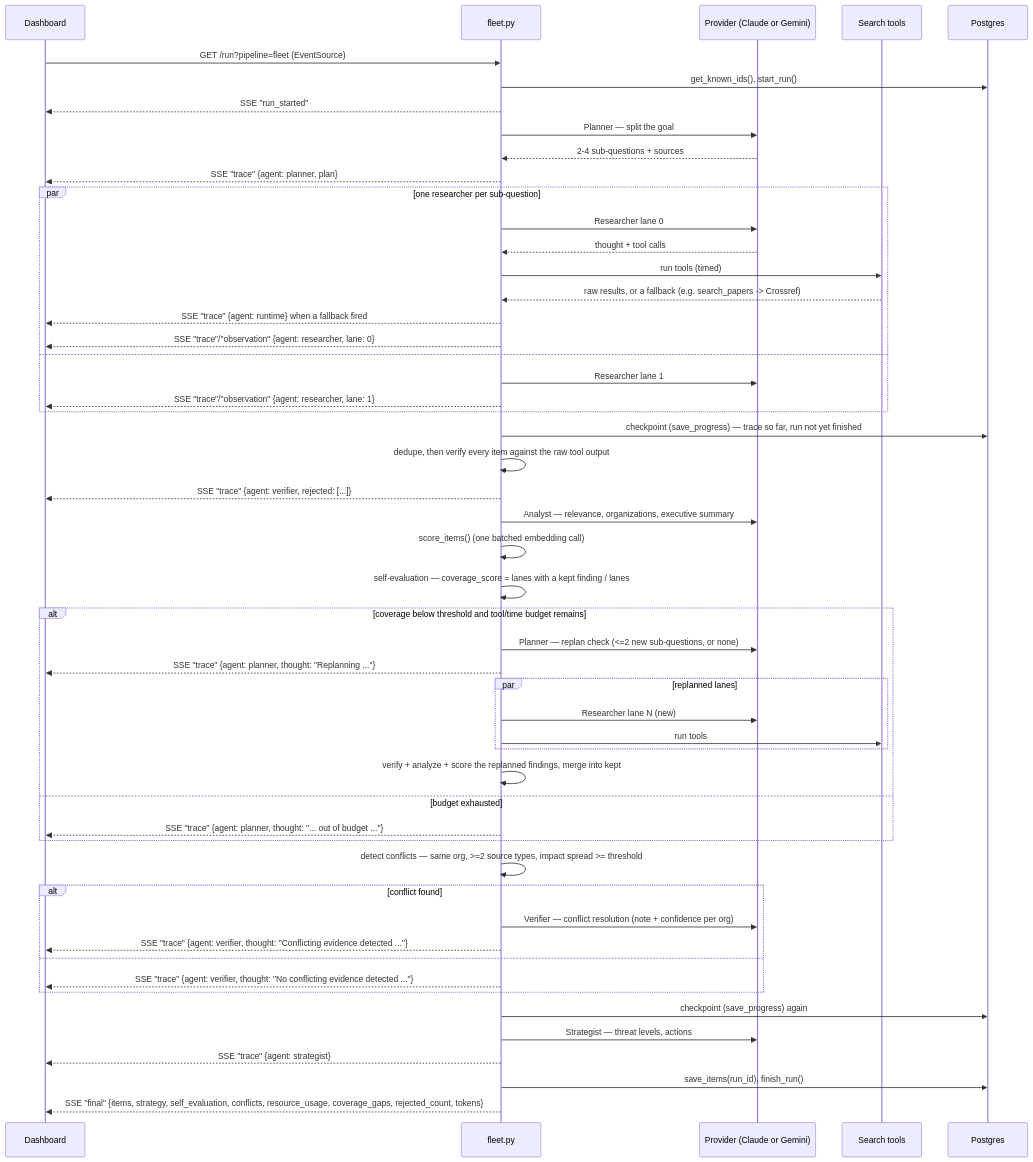
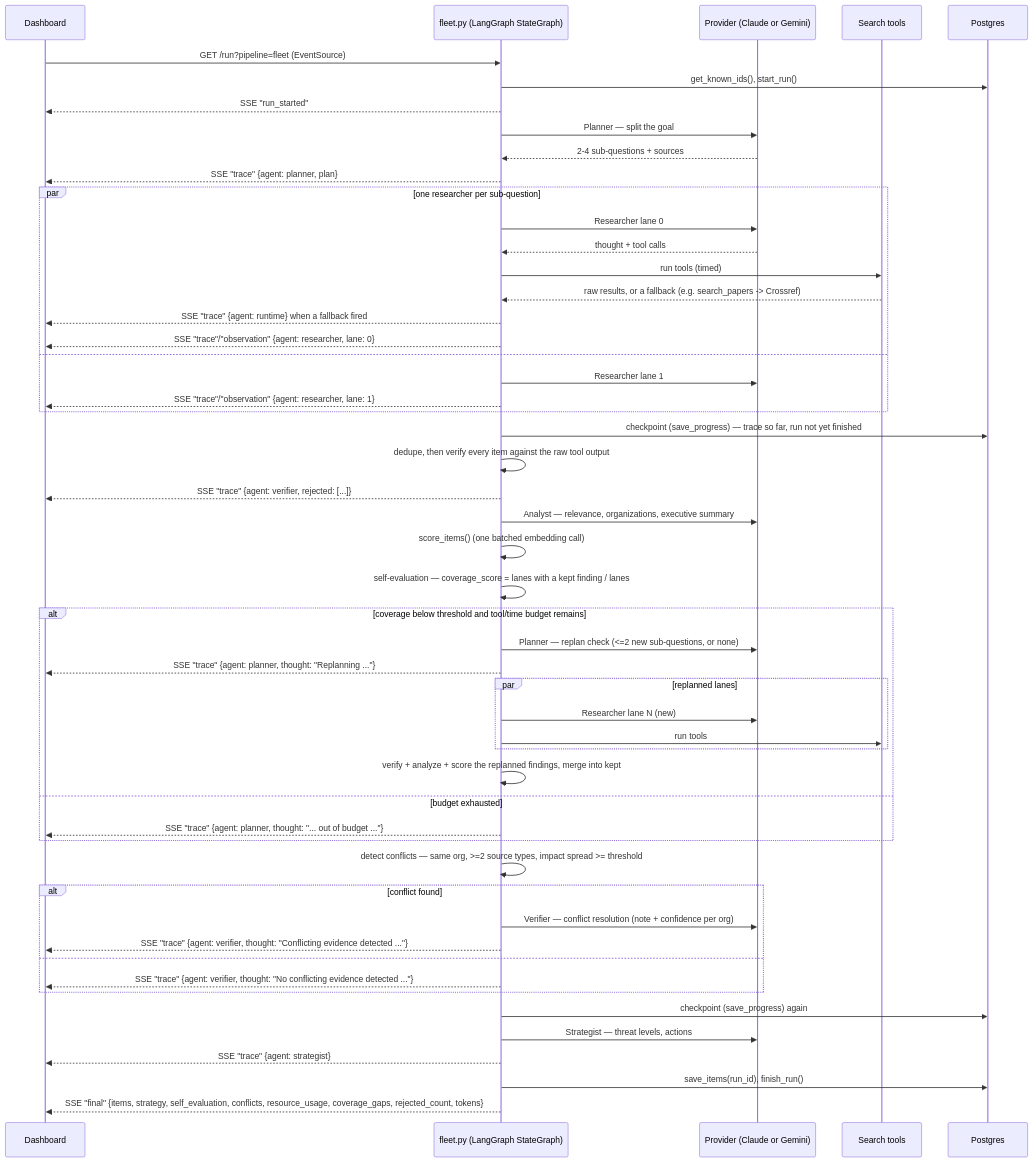
The third of 7 diagrams in docs/ARCHITECTURE.md (ByteNinjaSmit/Agentx), drawn with Mermaid before and after one commit. The commit also changed other lines of this file and 3 other files, not shown here.

````diff
--- a/docs/ARCHITECTURE.md
+++ b/docs/ARCHITECTURE.md
@@ -127,55 +168,55 @@
 ```mermaid
 sequenceDiagram
     participant D as Dashboard
-    participant F as fleet.py
+    participant F as fleet.py (LangGraph StateGraph)
     participant M as Provider (Claude or Gemini)
     participant T as Search tools
     participant P as Postgres
 
     D->>F: GET /run?pipeline=fleet (EventSource)
     F->>P: get_known_ids(), start_run()
     F-->>D: SSE "run_started"
     F->>M: Planner — split the goal
     M-->>F: 2-4 sub-questions + sources
     F-->>D: SSE "trace" {agent: planner, plan}
     par one researcher per sub-question
         F->>M: Researcher lane 0
         M-->>F: thought + tool calls
         F->>T: run tools (timed)
         T-->>F: raw results, or a fallback (e.g. search_papers -> Crossref)
         F-->>D: SSE "trace" {agent: runtime} when a fallback fired
         F-->>D: SSE "trace"/"observation" {agent: researcher, lane: 0}
     and
         F->>M: Researcher lane 1
         F-->>D: SSE "trace"/"observation" {agent: researcher, lane: 1}
     end
     F->>P: checkpoint (save_progress) — trace so far, run not yet finished
     F->>F: dedupe, then verify every item against the raw tool output
     F-->>D: SSE "trace" {agent: verifier, rejected: [...]}
     F->>M: Analyst — relevance, organizations, executive summary
     F->>F: score_items() (one batched embedding call)
     F->>F: self-evaluation — coverage_score = lanes with a kept finding / lanes
     alt coverage below threshold and tool/time budget remains
         F->>M: Planner — replan check (<=2 new sub-questions, or none)
         F-->>D: SSE "trace" {agent: planner, thought: "Replanning ..."}
         par replanned lanes
             F->>M: Researcher lane N (new)
             F->>T: run tools
         end
         F->>F: verify + analyze + score the replanned findings, merge into kept
     else budget exhausted
         F-->>D: SSE "trace" {agent: planner, thought: "... out of budget ..."}
     end
     F->>F: detect conflicts — same org, >=2 source types, impact spread >= threshold
     alt conflict found
         F->>M: Verifier — conflict resolution (note + confidence per org)
         F-->>D: SSE "trace" {agent: verifier, thought: "Conflicting evidence detected ..."}
     else
         F-->>D: SSE "trace" {agent: verifier, thought: "No conflicting evidence detected ..."}
     end
     F->>P: checkpoint (save_progress) again
     F->>M: Strategist — threat levels, actions
     F-->>D: SSE "trace" {agent: strategist}
     F->>P: save_items(run_id), finish_run()
     F-->>D: SSE "final" {items, strategy, self_evaluation, conflicts, resource_usage, coverage_gaps, rejected_count, tokens}
 ```
````
